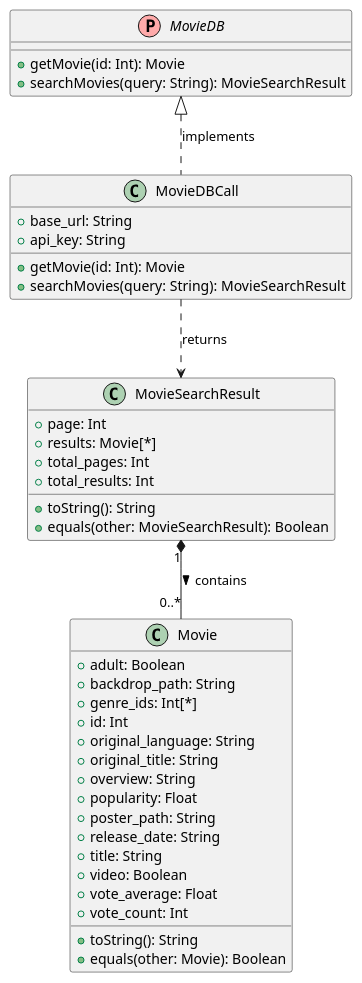
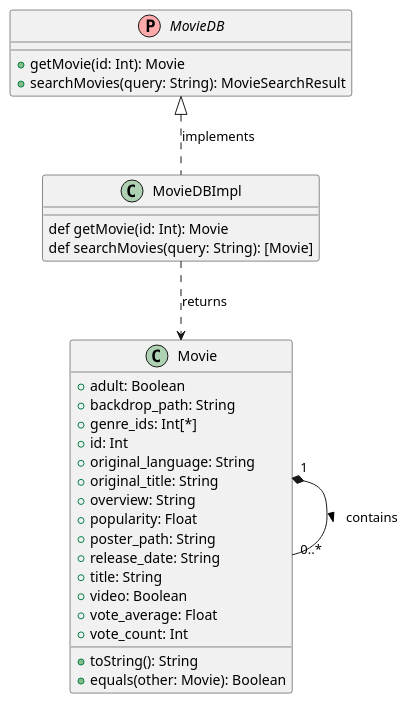
Before and after one commit to chavarc97/api_call: the diagram in UML.wsd, drawn with PlantUML. The commit also changed 3 other files, not shown here.

Commit message:
Refactor diagram code

```diff
--- a/UML.wsd
+++ b/UML.wsd
@@ -1,52 +1,40 @@
 @startuml API call theMovieDB
 
 ' Protocol / interface
 interface MovieDB << (P, #FFAAAA) >> {
     +getMovie(id: Int): Movie
     +searchMovies(query: String): MovieSearchResult
 }
 
 ' Data classes
 class Movie {
     +adult: Boolean
     +backdrop_path: String
     +genre_ids: Int[*]
     +id: Int
     +original_language: String
     +original_title: String
     +overview: String
     +popularity: Float
     +poster_path: String
     +release_date: String
     +title: String
     +video: Boolean
     +vote_average: Float
     +vote_count: Int
 
     +toString(): String
     +equals(other: Movie): Boolean
 }
 
-class MovieSearchResult {
-    +page: Int
-    +results: Movie[*]
-    +total_pages: Int
-    +total_results: Int
-
-    +toString(): String
-    +equals(other: MovieSearchResult): Boolean
+class MovieDBImpl {
+    def getMovie(id: Int): Movie
+    def searchMovies(query: String): [Movie]
 }
 
-class MovieDBCall {
-    +base_url: String
-    +api_key: String
-    
-    +getMovie(id: Int): Movie
-    +searchMovies(query: String): MovieSearchResult
-}
-
-MovieDB <|.. MovieDBCall : implements
-MovieDBCall ..> MovieSearchResult : returns
-MovieSearchResult "1" *-- "0..*" Movie : contains >
+' Relaciones
+MovieDB <|.. MovieDBImpl : implements
+MovieDBImpl ..> Movie : returns
+Movie "1" *-- "0..*" Movie : contains >
 
 @enduml
```
